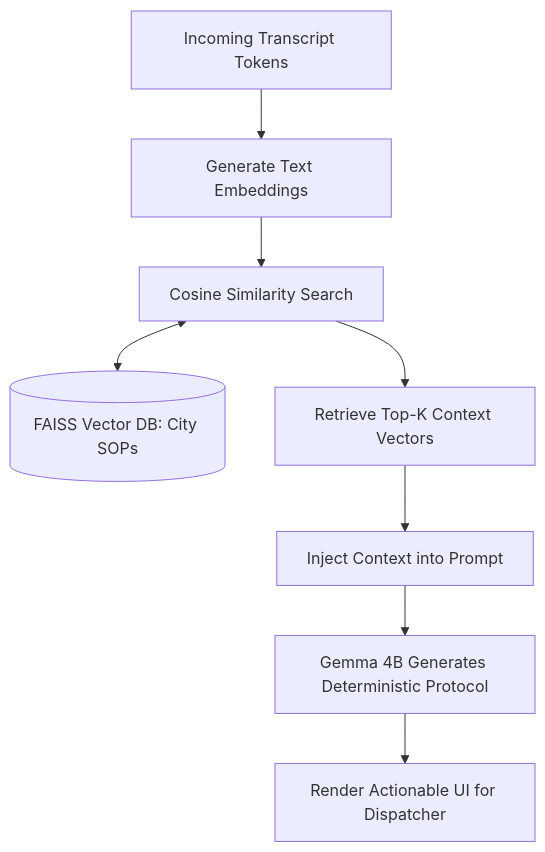
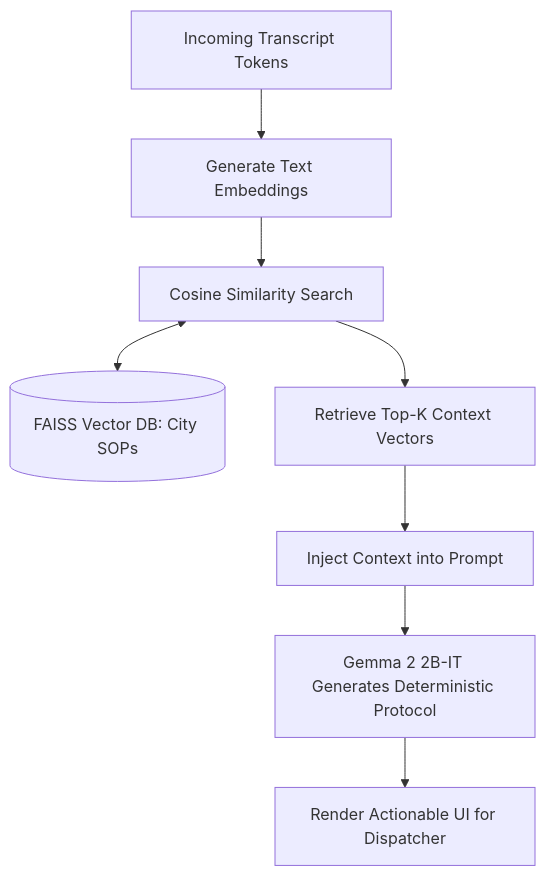
Before and after one commit to Rakshi2609/E-mrg: the third of 3 diagrams in KAGGLE_WRITEUP.md, drawn with Mermaid. The commit also changed other lines of this file and 44 other files, not shown here.

Commit message:
docs: strictly enforce guidelines across writeup and readme (unified architecture, softened claims, verified Gemma 2 2B, unified repo URLs)

````diff
--- a/KAGGLE_WRITEUP.md
+++ b/KAGGLE_WRITEUP.md
@@ -97,10 +97,10 @@
 ```mermaid
 graph TD
     A[Incoming Transcript Tokens] --> B[Generate Text Embeddings]
     B --> C[Cosine Similarity Search]
     C <--> D[(FAISS Vector DB: City SOPs)]
     C --> E[Retrieve Top-K Context Vectors]
     E --> F[Inject Context into Prompt]
-    F --> G[Gemma 4B Generates Deterministic Protocol]
+    F --> G[Gemma 2 2B-IT Generates Deterministic Protocol]
     G --> H[Render Actionable UI for Dispatcher]
 ```
````
